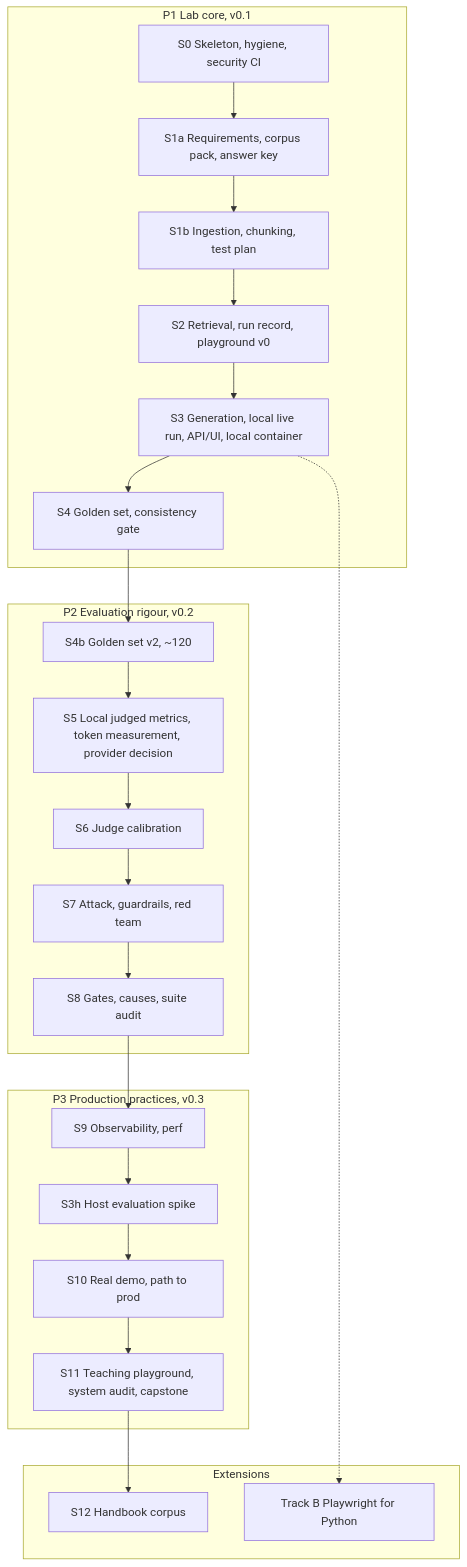
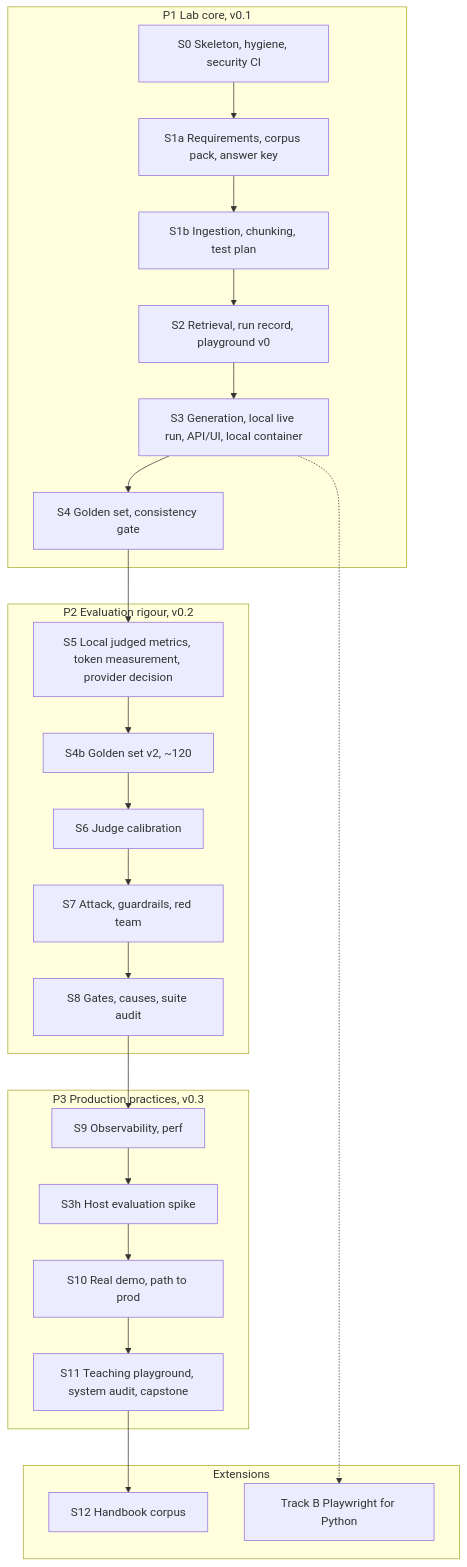
The fourth of 4 diagrams in docs/plans/2026-10-05-raglab-plan.md (willcoliveira/ai-testing-rag-lab), drawn with Mermaid before and after one commit. The commit also changed other lines of this file and 9 other files, not shown here.

````diff
--- a/docs/plans/2026-10-05-raglab-plan.md
+++ b/docs/plans/2026-10-05-raglab-plan.md
@@ -352,20 +352,20 @@
 ```mermaid
 flowchart TB
   subgraph P1[P1 Lab core, v0.1]
     S0[S0 Skeleton, hygiene, security CI] --> S1a[S1a Requirements, corpus pack, answer key] --> S1b[S1b Ingestion, chunking, test plan] --> S2[S2 Retrieval, run record, playground v0] --> S3[S3 Generation, local live run, API/UI, local container] --> S4[S4 Golden set, consistency gate]
   end
   subgraph P2[P2 Evaluation rigour, v0.2]
-    S4b[S4b Golden set v2, ~120] --> S5[S5 Local judged metrics, token measurement, provider decision] --> S6[S6 Judge calibration] --> S7[S7 Attack, guardrails, red team] --> S8[S8 Gates, causes, suite audit]
+    S5[S5 Local judged metrics, token measurement, provider decision] --> S4b[S4b Golden set v2, ~120] --> S6[S6 Judge calibration] --> S7[S7 Attack, guardrails, red team] --> S8[S8 Gates, causes, suite audit]
   end
   subgraph P3[P3 Production practices, v0.3]
     S9[S9 Observability, perf] --> S3h[S3h Host evaluation spike] --> S10[S10 Real demo, path to prod] --> S11[S11 Teaching playground, system audit, capstone]
   end
   subgraph EXT[Extensions]
     S12[S12 Handbook corpus]
     B[Track B Playwright for Python]
   end
-  S4 --> S4b
+  S4 --> S5
   S8 --> S9
   S11 --> S12
   S3 -.-> B
 ```
````
